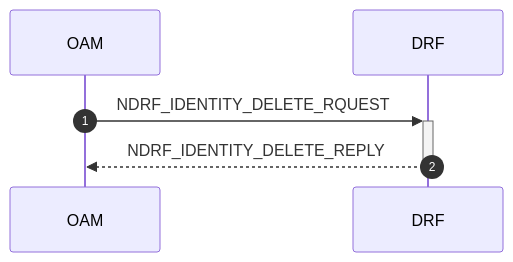
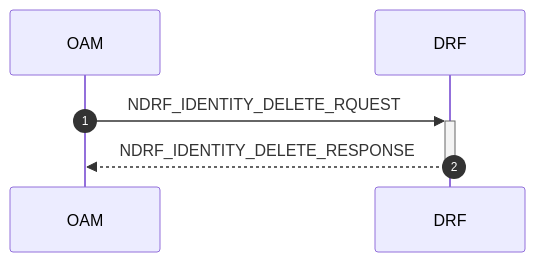
Before and after one commit to veil-link/veilink: diagram 16 of 21 in doc/doc-spec/00-series-general/00.002-procedure.md, drawn with Mermaid. The commit also changed other lines of this file, not shown here.

Commit message:
chore: update reply to response

````diff
--- a/doc/doc-spec/00-series-general/00.002-procedure.md
+++ b/doc/doc-spec/00-series-general/00.002-procedure.md
@@ -368,9 +368,9 @@
 ```mermaid
 sequenceDiagram
     autonumber
 
     participant oam as OAM
     participant drf as DRF
     oam ->>+ drf: NDRF_IDENTITY_DELETE_RQUEST
-    drf -->>- oam: NDRF_IDENTITY_DELETE_REPLY
+    drf -->>- oam: NDRF_IDENTITY_DELETE_RESPONSE
 ```
````
